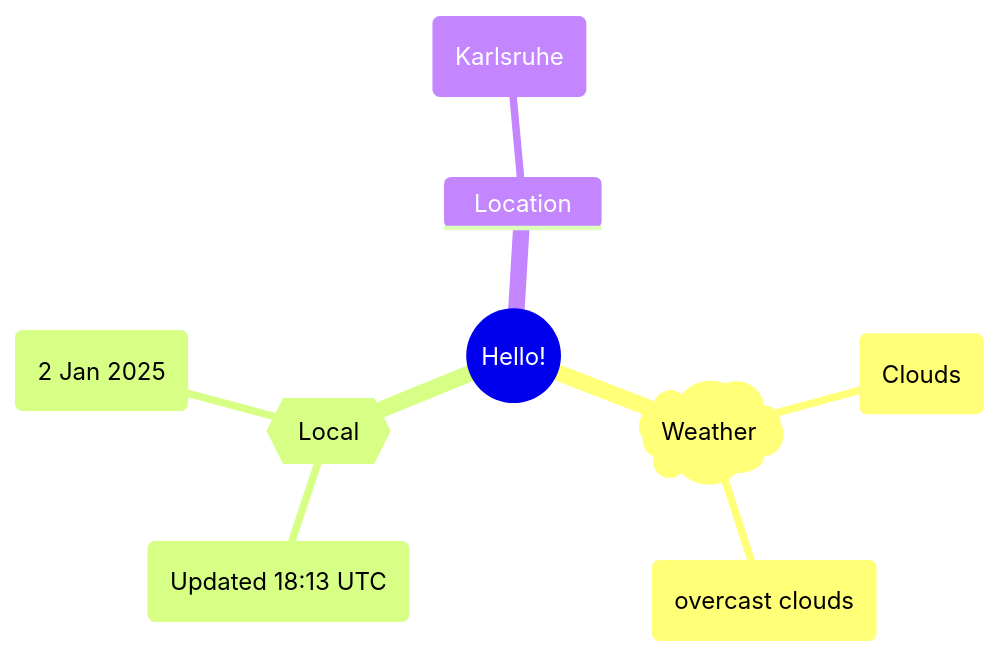
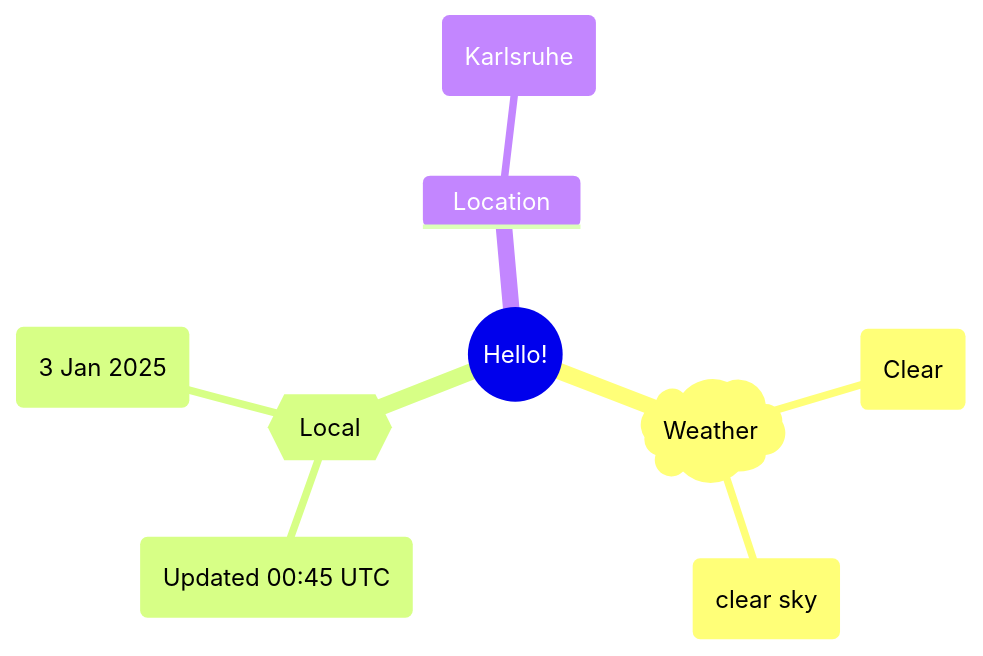
One commit to Xosrov/Xosrov changed the first of 2 diagrams in README.md. Above: the diagram before and after it, drawn with Mermaid.

Commit message:
[bot] updated images

````diff
--- a/README.md
+++ b/README.md
@@ -3,12 +3,12 @@
 ```mermaid
 mindmap
   root((Hello!))
     )Weather(
-        (Clouds)
-        (overcast clouds)
+        (Clear)
+        (clear sky)
     {{Local}}
-        (Updated 18:13 UTC)
-        (2 Jan 2025)
+        (Updated 00:45 UTC)
+        (3 Jan 2025)
     Location
         (Karlsruhe)
 ```
````
